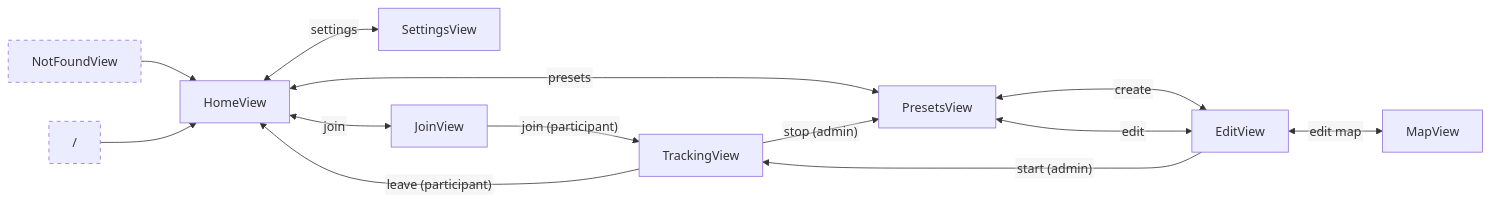
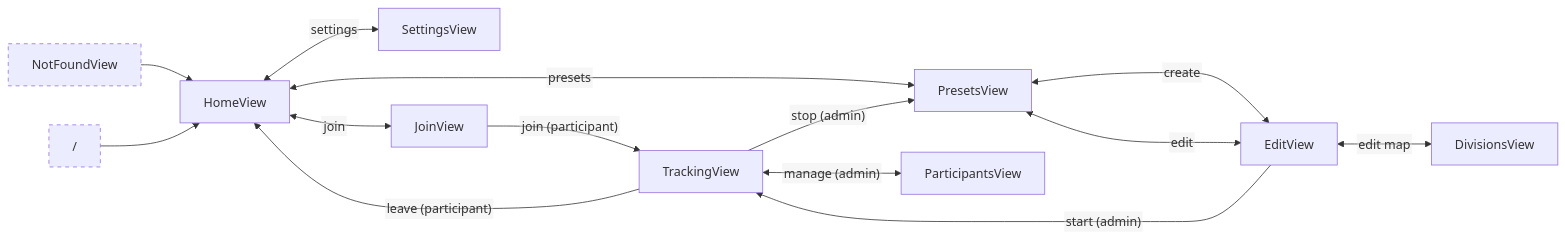
Before and after one commit to flyndre/Flat: the diagram in docs/ui.md, drawn with Mermaid. The commit also changed other lines of this file and 1 other file, not shown here.

````diff
--- a/docs/ui.md
+++ b/docs/ui.md
@@ -8,23 +9,24 @@
 ```mermaid
 %%{init: {"flowchart": {"htmlLabels": false}} }%%
 flowchart LR
   style NotFoundView stroke-dasharray: 5 5
   NotFoundView --> HomeView;
 
   style / stroke-dasharray: 5 5
   / --> HomeView;
 
   HomeView <-- settings --> SettingsView;
   HomeView <-- join --> JoinView;
   HomeView <-- presets ---> PresetsView;
 
   JoinView -- join (participant) --> TrackingView;
   TrackingView -- leave (participant) --> HomeView;
 
   PresetsView <-- create --> EditView;
   PresetsView <-- edit ---> EditView;
 
-  EditView <-- edit map --> MapView;
+  EditView <-- edit map --> DivisionsView;
   EditView -- start (admin) --> TrackingView;
   TrackingView -- stop (admin) --> PresetsView;
+  TrackingView <-- manage (admin) --> ParticipantsView;
 ```
````
